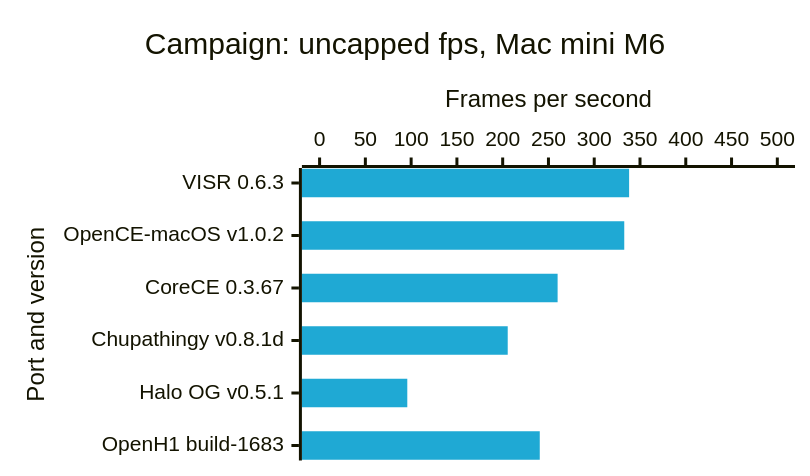
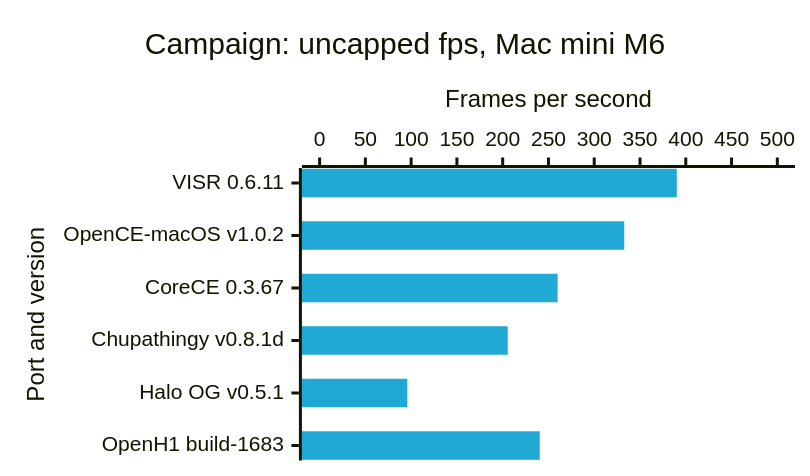
Before and after one commit to VISR-CE/visr: the second of 8 diagrams in docs/benchmarks.md, drawn with Mermaid. The commit also changed other lines of this file and 3 other files, not shown here.

````diff
--- a/docs/benchmarks.md
+++ b/docs/benchmarks.md
@@ -49,16 +49,16 @@
 ```mermaid
 ---
 config:
   xyChart:
     width: 520
     height: 297
   themeVariables:
     xyChart:
       plotColorPalette: "#1fa9d4, #ffc24d"
 ---
 xychart-beta horizontal
     title "Campaign: uncapped fps, Mac mini M6"
-    x-axis "Port and version" ["VISR 0.6.3", "OpenCE-macOS v1.0.2", "CoreCE 0.3.67", "Chupathingy v0.8.1d", "Halo OG v0.5.1", "OpenH1 build-1683"]
+    x-axis "Port and version" ["VISR 0.6.11", "OpenCE-macOS v1.0.2", "CoreCE 0.3.67", "Chupathingy v0.8.1d", "Halo OG v0.5.1", "OpenH1 build-1683"]
     y-axis "Frames per second" 0 --> 500
-    bar [338.1, 332.8, 260, 205.5, 95.8, 240.5]
+    bar [390.2, 332.8, 260, 205.5, 95.8, 240.5]
 ```
````
